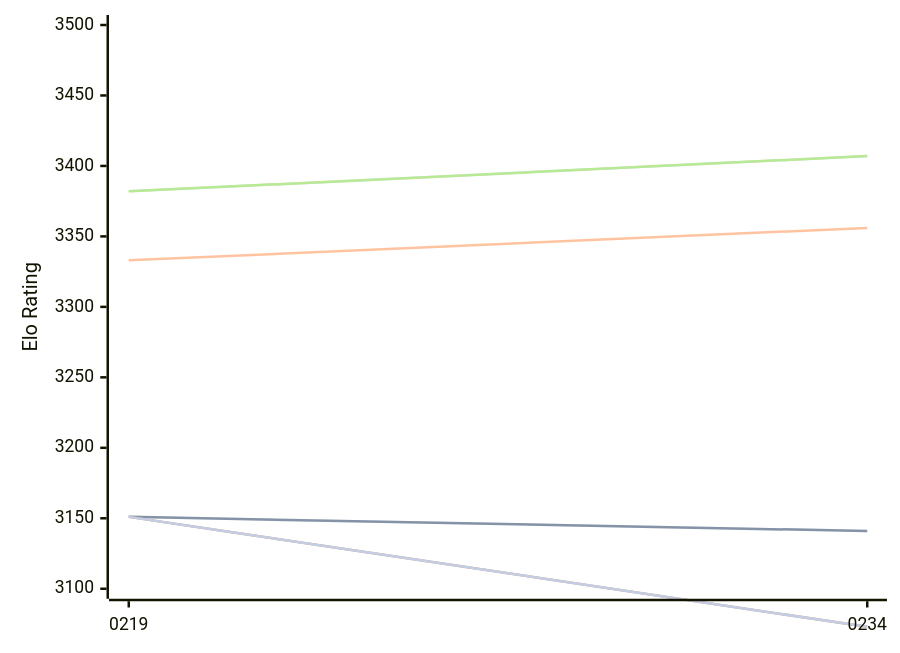
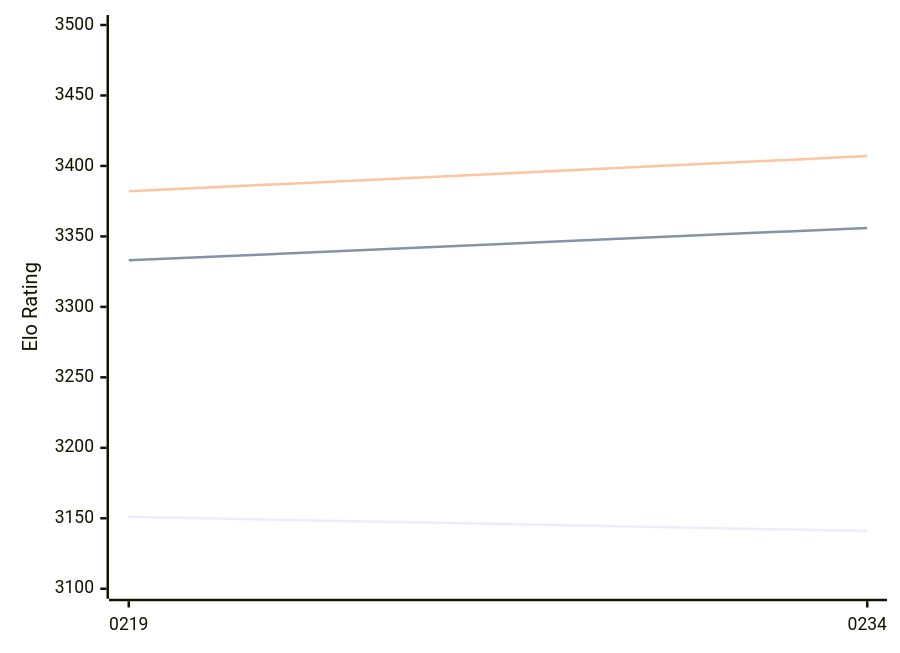
The diagram in engines/Ynode.md (computer-chess-index/cci), drawn with Mermaid before and after one commit. The commit also changed other lines of this file, not shown here.

````diff
--- a/engines/Ynode.md
+++ b/engines/Ynode.md
@@ -48,13 +48,9 @@
 ```mermaid
 %%{init: {"theme":"base","themeVariables":{"seriesColors:['#a3a3a3','#222221','#faa371']}}}%%
 xychart-beta
   x-axis ["0219", "0234"]
   y-axis "Elo Rating" 3100 --> 3500
-  line "" [3151, 3141]
   line "T1: STC (8.0+0.08s)" [3151, 3141]
   line "T1: LTC (60.0+0.60s)" [3333, 3356]
-  line "" [3382, 3407]
   line "T1: VLTC (2m24s+1.12s)" [3382, 3407]
-  line "" [3151,3073]
-  line "E1: STC (8.0+0.08s)" [3151,3073]
 ```
````
